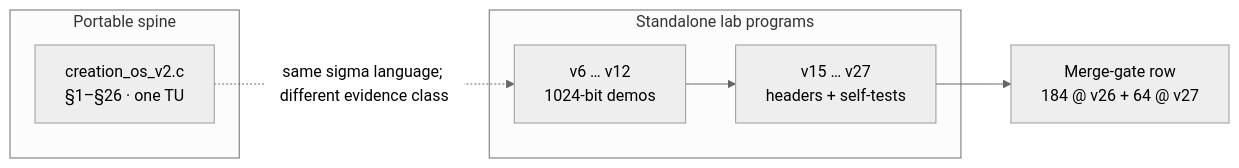
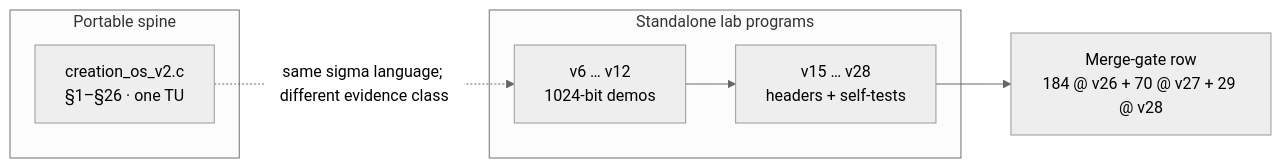
The third of 6 diagrams in README.md (spektre-labs/creation-os), drawn with Mermaid before and after one commit. The commit also changed other lines of this file and 25 other files, not shown here.

````diff
--- a/README.md
+++ b/README.md
@@ -149,14 +151,14 @@
 ```mermaid
 %%{init: {'theme':'neutral'}}%%
 flowchart LR
   subgraph spine["Portable spine"]
     V2["creation_os_v2.c<br/>§1–§26 · one TU"]
   end
   subgraph lab["Standalone lab programs"]
     V6["v6 … v12<br/>1024-bit demos"]
-    V15["v15 … v27<br/>headers + self-tests"]
+    V15["v15 … v28<br/>headers + self-tests"]
   end
   V2 -.->|same sigma language; different evidence class| V6
   V6 --> V15
-  V15 --> H["Merge-gate row<br/>184 @ v26 + 64 @ v27"]
+    V15 --> H["Merge-gate row<br/>184 @ v26 + 70 @ v27 + 29 @ v28"]
 ```
````
